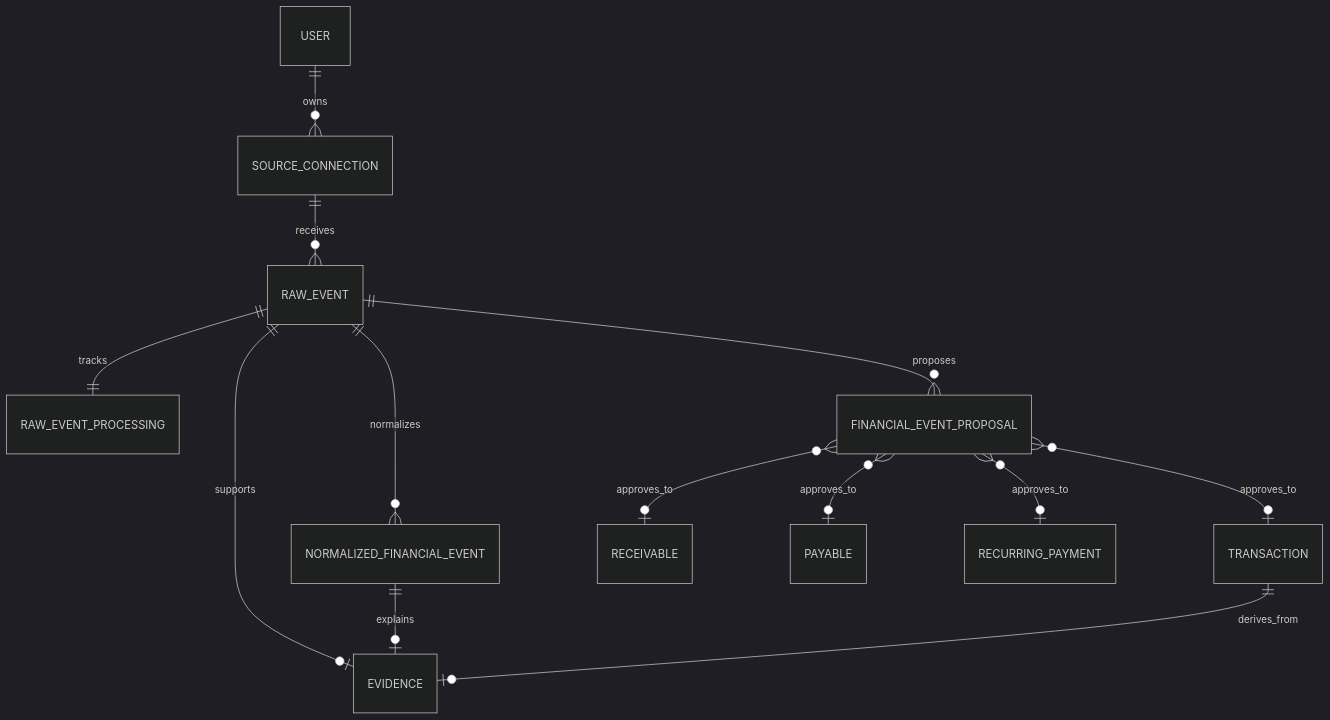
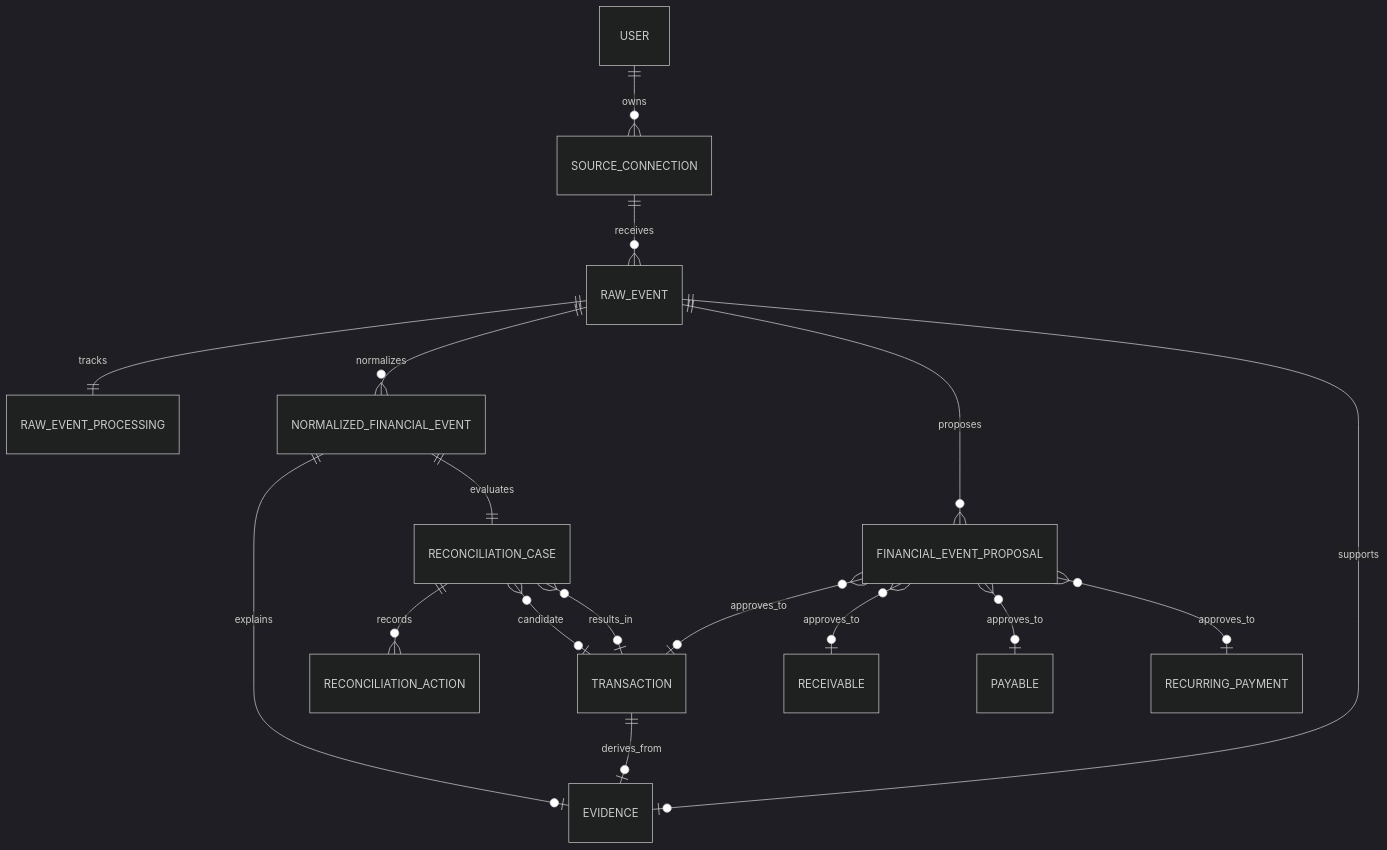
Before and after one commit to DIECINIUM/Expensea: the first of 2 diagrams in docs/data-model.md, drawn with Mermaid (dark theme). The commit also changed other lines of this file and 4 other files, not shown here.

````diff
--- a/docs/data-model.md
+++ b/docs/data-model.md
@@ -33,15 +39,19 @@
 ```mermaid
 erDiagram
     USER ||--o{ SOURCE_CONNECTION : owns
     SOURCE_CONNECTION ||--o{ RAW_EVENT : receives
     RAW_EVENT ||--|| RAW_EVENT_PROCESSING : tracks
     RAW_EVENT ||--o{ NORMALIZED_FINANCIAL_EVENT : normalizes
     RAW_EVENT ||--o{ FINANCIAL_EVENT_PROPOSAL : proposes
     RAW_EVENT ||--o| EVIDENCE : supports
     NORMALIZED_FINANCIAL_EVENT ||--o| EVIDENCE : explains
     TRANSACTION ||--o| EVIDENCE : derives_from
     FINANCIAL_EVENT_PROPOSAL }o--o| TRANSACTION : approves_to
     FINANCIAL_EVENT_PROPOSAL }o--o| RECEIVABLE : approves_to
     FINANCIAL_EVENT_PROPOSAL }o--o| PAYABLE : approves_to
     FINANCIAL_EVENT_PROPOSAL }o--o| RECURRING_PAYMENT : approves_to
+    NORMALIZED_FINANCIAL_EVENT ||--|| RECONCILIATION_CASE : evaluates
+    RECONCILIATION_CASE ||--o{ RECONCILIATION_ACTION : records
+    RECONCILIATION_CASE }o--o| TRANSACTION : candidate
+    RECONCILIATION_CASE }o--o| TRANSACTION : results_in
 ```
````
